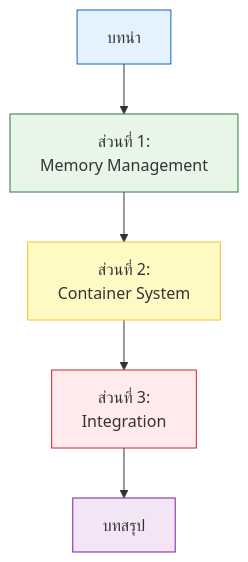
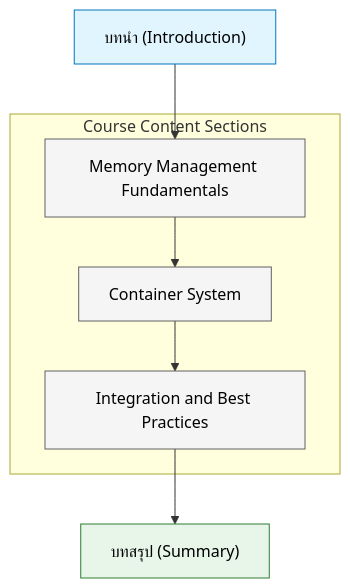
The fourth of 4 diagrams in MODULE_05_OPENFOAM_PROGRAMMING/CONTENT/03_CONTAINERS_MEMORY/01_Introduction.md (wramet/build-my-cfd), drawn with Mermaid before and after one commit. The commit also changed other lines of this file and 313 other files, not shown here.

Commit message:
Revise all diagram

````diff
--- a/MODULE_05_OPENFOAM_PROGRAMMING/CONTENT/03_CONTAINERS_MEMORY/01_Introduction.md
+++ b/MODULE_05_OPENFOAM_PROGRAMMING/CONTENT/03_CONTAINERS_MEMORY/01_Introduction.md
@@ -419,13 +411,17 @@
 ```mermaid
-graph TD
-    A[บทนำ] --> B[ส่วนที่ 1:<br/>Memory Management]
-    B --> C[ส่วนที่ 2:<br/>Container System]
-    C --> D[ส่วนที่ 3:<br/>Integration]
-    D --> E[บทสรุป]
-
-    style A fill:#e3f2fd,stroke:#1565c0
-    style B fill:#e8f5e9,stroke:#2e7d32
-    style C fill:#fff9c4,stroke:#fbc02d
-    style D fill:#ffebee,stroke:#c62828
-    style E fill:#f3e5f5,stroke:#7b1fa2
+flowchart TD
+classDef intro fill:#e1f5fe,stroke:#0277bd,color:#000
+classDef part fill:#f5f5f5,stroke:#616161,color:#000
+classDef summary fill:#e8f5e9,stroke:#2e7d32,color:#000
+A["บทนำ (Introduction)"]:::intro
+subgraph Content ["Course Content Sections"]
+    B["Memory Management Fundamentals"]:::part
+    C["Container System"]:::part
+    D["Integration and Best Practices"]:::part
+end
+E["บทสรุป (Summary)"]:::summary
+A --> B
+B --> C
+C --> D
+D --> E
 ```
````
